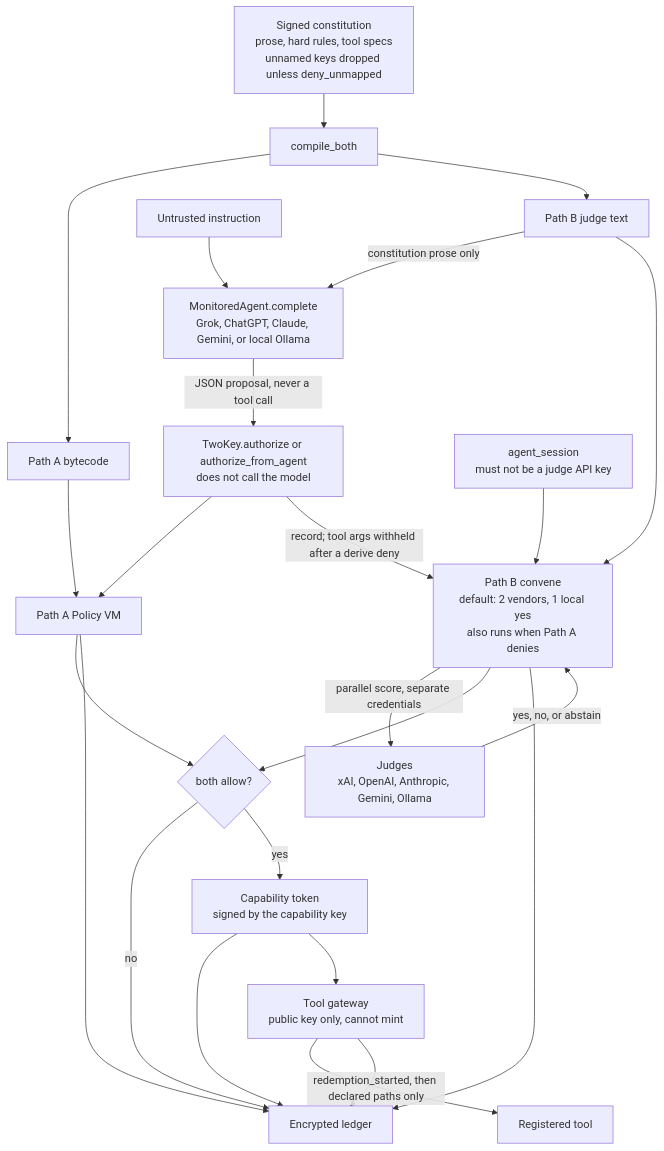
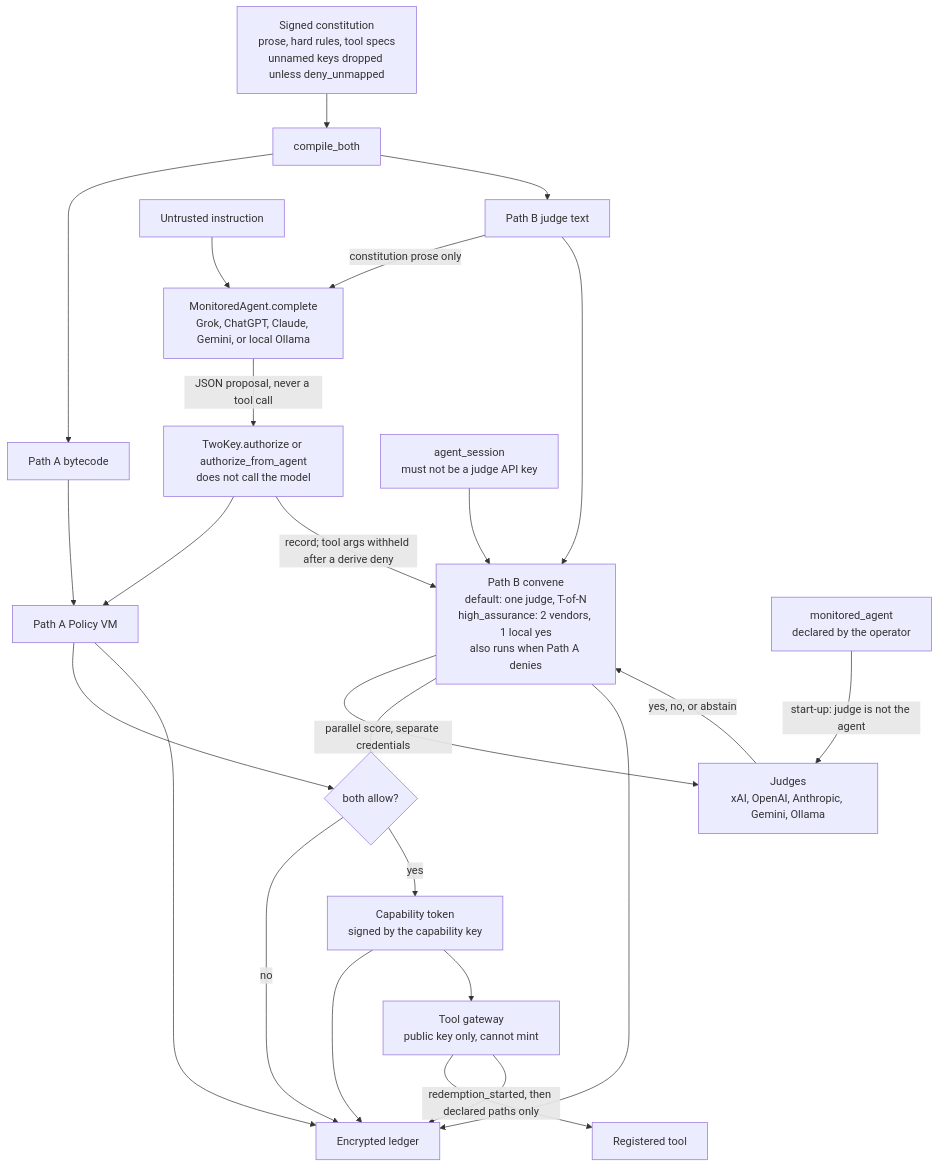
Before and after one commit to Insomniac-VibeLabs/two-key-concept: the first of 2 diagrams in README.md, drawn with Mermaid. The commit also changed other lines of this file and 6 other files, not shown here.

Commit message:
Document the one-judge default, the judge-is-not-the-agent rule, strict parsing, and the new limits.

````diff
--- a/README.md
+++ b/README.md
@@ -66,26 +79,27 @@
 ```mermaid
 flowchart TD
   constitution["Signed constitution<br/>prose, hard rules, tool specs<br/>unnamed keys dropped unless deny_unmapped"] --> compile["compile_both"]
   compile --> bytecode["Path A bytecode"]
   compile --> judgeText["Path B judge text"]
   instruction["Untrusted instruction"] --> agent["MonitoredAgent.complete<br/>Grok, ChatGPT, Claude, Gemini, or local Ollama"]
   judgeText -->|"constitution prose only"| agent
   agent -->|"JSON proposal, never a tool call"| authorize["TwoKey.authorize or authorize_from_agent<br/>does not call the model"]
   bytecode --> pathA["Path A Policy VM"]
   authorize --> pathA
-  authorize -->|"record; tool args withheld after a derive deny"| pathB["Path B convene<br/>default: 2 vendors, 1 local yes<br/>also runs when Path A denies"]
+  authorize -->|"record; tool args withheld after a derive deny"| pathB["Path B convene<br/>default: one judge, T-of-N<br/>high_assurance: 2 vendors, 1 local yes<br/>also runs when Path A denies"]
   judgeText --> pathB
+  declared["monitored_agent<br/>declared by the operator"] -->|"start-up: judge is not the agent"| judges
   session["agent_session<br/>must not be a judge API key"] --> pathB
   pathB -->|"parallel score, separate credentials"| judges["Judges<br/>xAI, OpenAI, Anthropic, Gemini, Ollama"]
   judges -->|"yes, no, or abstain"| pathB
   pathA --> gate{"both allow?"}
   pathB --> gate
   pathA --> ledger["Encrypted ledger"]
   pathB --> ledger
   gate -->|no| ledger
   gate -->|yes| token["Capability token<br/>signed by the capability key"]
   token --> ledger
   token --> gateway["Tool gateway<br/>public key only, cannot mint"]
   gateway -->|"redemption_started, then declared paths only"| tool["Registered tool"]
   gateway --> ledger
 ```
````
